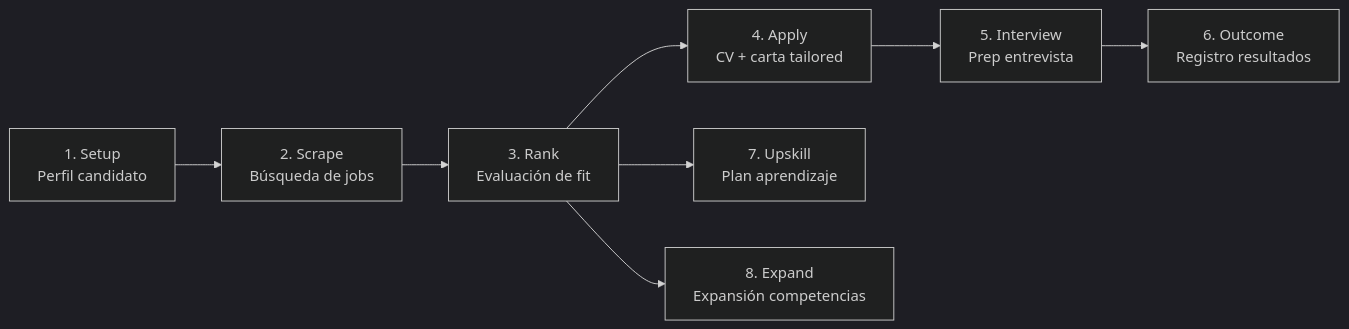
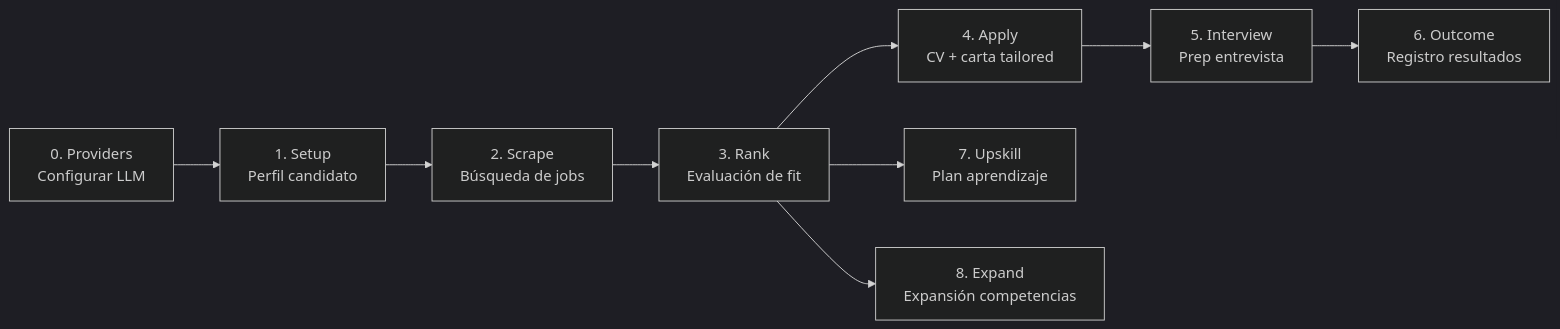
One commit to AntonyML/open-ai-jobs-search-fastapi-backend changed the diagram in README.md. Above: the diagram before and after it, drawn with Mermaid (dark theme). The commit also changed other lines of this file, not shown here.

Commit message:
feat: update README with LLM provider configuration steps and API endpoints

````diff
--- a/README.md
+++ b/README.md
@@ -175,10 +175,11 @@
 ```mermaid
 flowchart LR
-    A[1. Setup<br/>Perfil candidato] --> B[2. Scrape<br/>Búsqueda de jobs]
-    B --> C[3. Rank<br/>Evaluación de fit]
-    C --> D[4. Apply<br/>CV + carta tailored]
-    D --> E[5. Interview<br/>Prep entrevista]
-    E --> F[6. Outcome<br/>Registro resultados]
-    C --> G[7. Upskill<br/>Plan aprendizaje]
-    C --> H[8. Expand<br/>Expansión competencias]
+    A[0. Providers<br/>Configurar LLM] --> B[1. Setup<br/>Perfil candidato]
+    B --> C[2. Scrape<br/>Búsqueda de jobs]
+    C --> D[3. Rank<br/>Evaluación de fit]
+    D --> E[4. Apply<br/>CV + carta tailored]
+    E --> F[5. Interview<br/>Prep entrevista]
+    F --> G[6. Outcome<br/>Registro resultados]
+    D --> H[7. Upskill<br/>Plan aprendizaje]
+    D --> I[8. Expand<br/>Expansión competencias]
 ```
````
